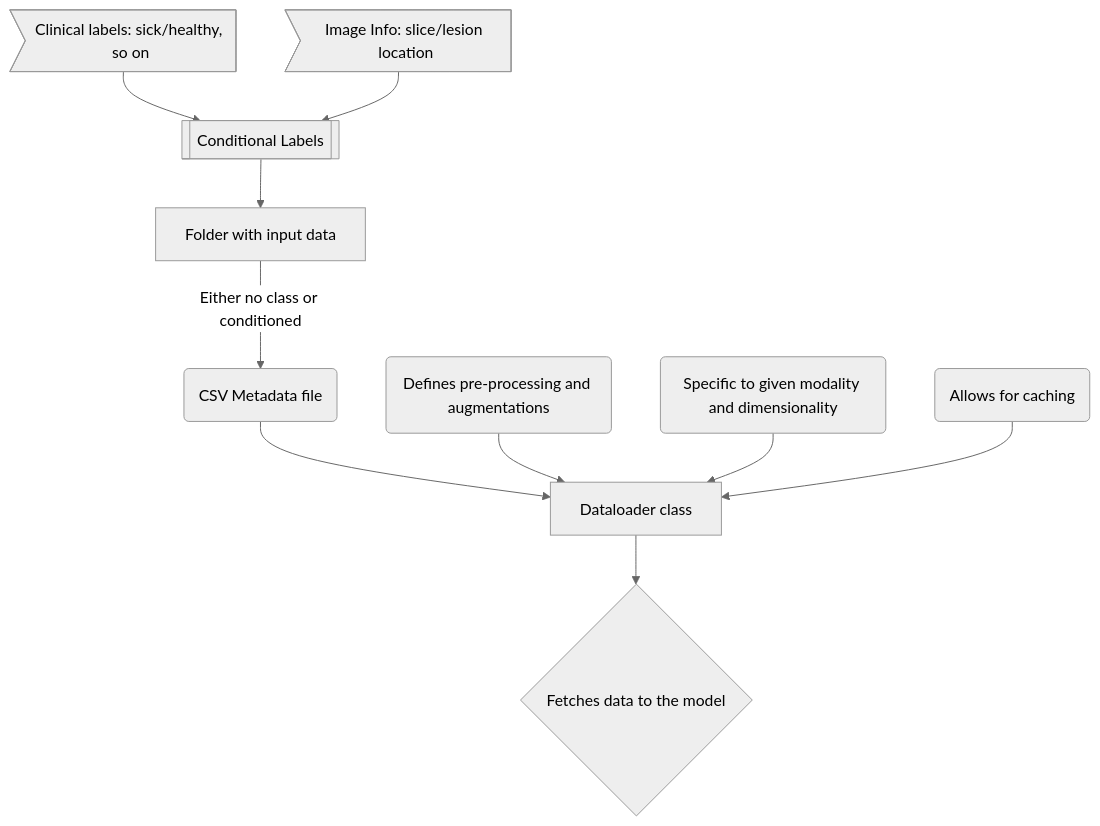
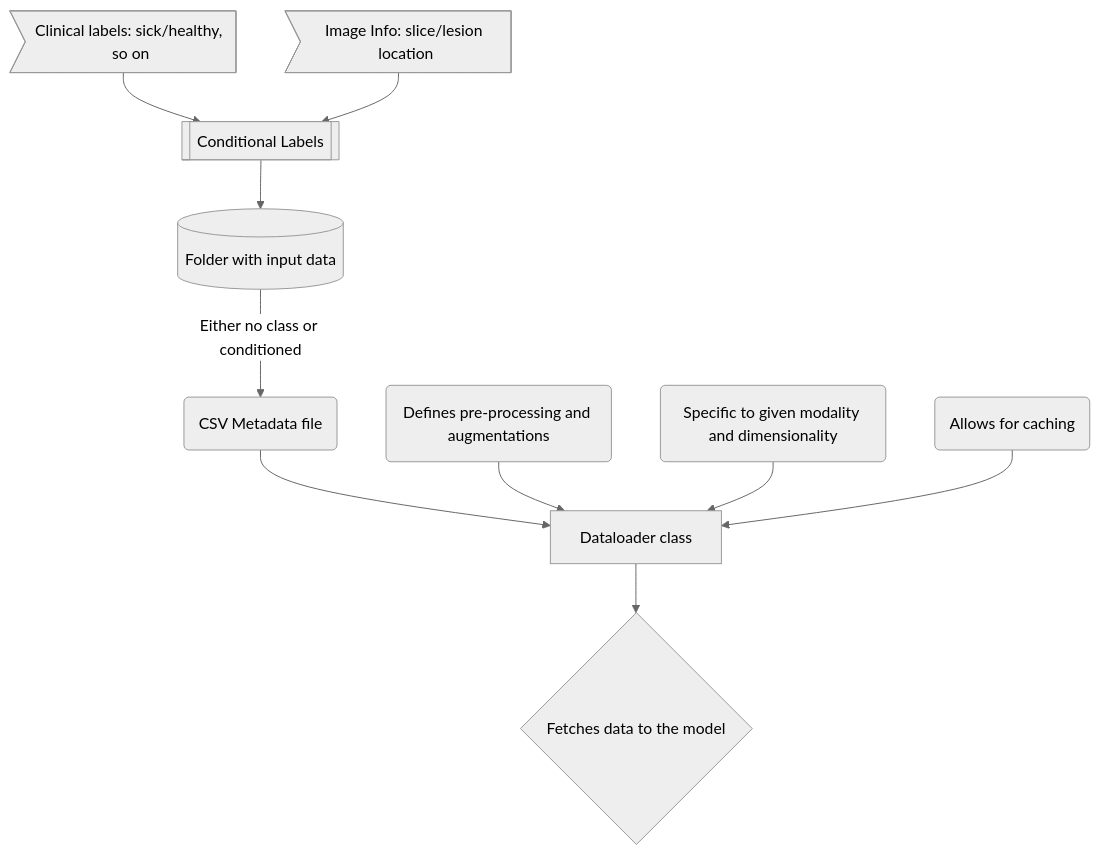
One commit to mlcommons/GaNDLF-Synth changed the diagram in mermaid/dataloading.md. Above: the diagram before and after it, drawn with Mermaid (neutral theme).

````diff
--- a/mermaid/dataloading.md
+++ b/mermaid/dataloading.md
@@ -1,12 +1,12 @@
 ```mermaid
 flowchart TD
     L0>Clinical labels: sick/healthy, so on] -->Labels
     L1>Image Info: slice/lesion location] -->Labels
     Labels[[Conditional Labels]] -->A
-    A[Folder with input data] -->|Either no class or conditioned| B(CSV Metadata file)
+    A[(Folder with input data)] -->|Either no class or conditioned| B(CSV Metadata file)
     B --> C[Dataloader class]
     D(Defines pre-processing and augmentations) --> C
     E(Specific to given modality and dimensionality) --> C
     F(Allows for caching) --> C 
     C --> G{Fetches data to the model}
 ```
````
